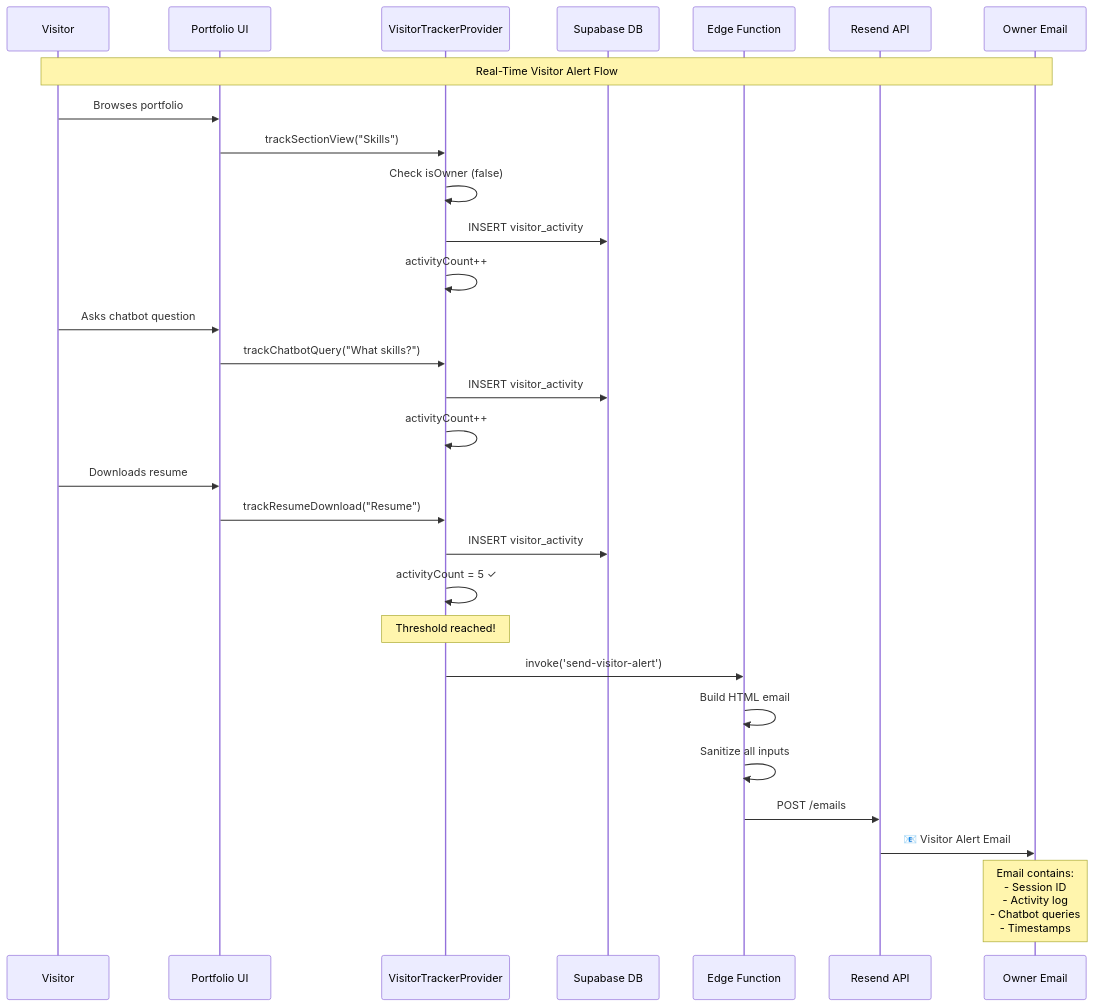
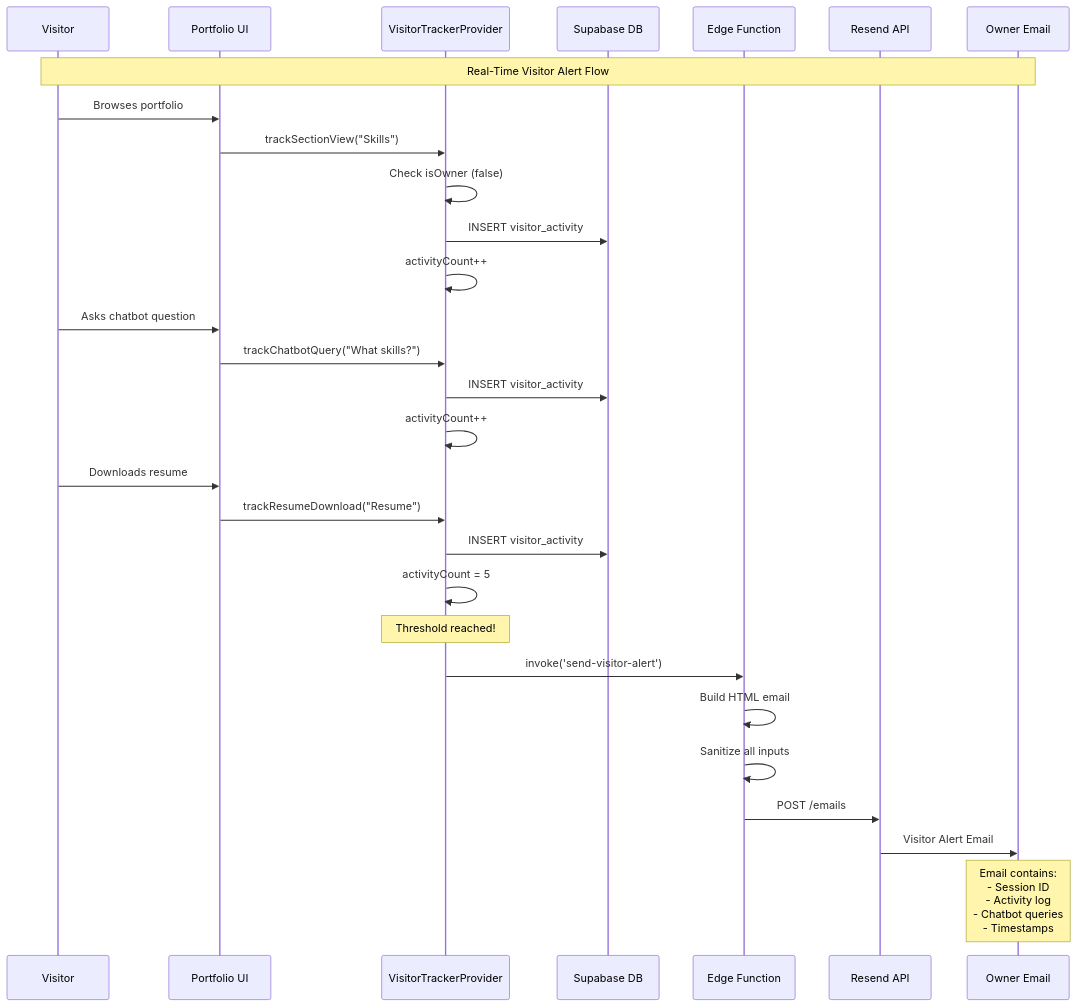
Before and after one commit to ritvikindupuri/ritvik-portfolio: the second of 4 diagrams in README.md, drawn with Mermaid. The commit also changed other lines of this file, not shown here.

````diff
--- a/README.md
+++ b/README.md
@@ -89,38 +152,38 @@
 ```mermaid
 sequenceDiagram
     participant V as Visitor
     participant UI as Portfolio UI
     participant VTP as VisitorTrackerProvider
     participant DB as Supabase DB
     participant EF as Edge Function
     participant RS as Resend API
     participant O as Owner Email
 
     Note over V,O: Real-Time Visitor Alert Flow
     
     V->>UI: Browses portfolio
     UI->>VTP: trackSectionView("Skills")
     VTP->>VTP: Check isOwner (false)
     VTP->>DB: INSERT visitor_activity
     VTP->>VTP: activityCount++
     
     V->>UI: Asks chatbot question
     UI->>VTP: trackChatbotQuery("What skills?")
     VTP->>DB: INSERT visitor_activity
     VTP->>VTP: activityCount++
     
     V->>UI: Downloads resume
     UI->>VTP: trackResumeDownload("Resume")
     VTP->>DB: INSERT visitor_activity
-    VTP->>VTP: activityCount = 5 ✓
+    VTP->>VTP: activityCount = 5
     
     Note over VTP: Threshold reached!
     
     VTP->>EF: invoke('send-visitor-alert')
     EF->>EF: Build HTML email
     EF->>EF: Sanitize all inputs
     EF->>RS: POST /emails
-    RS->>O: 📧 Visitor Alert Email
+    RS->>O: Visitor Alert Email
     
     Note over O: Email contains:<br/>- Session ID<br/>- Activity log<br/>- Chatbot queries<br/>- Timestamps
 ```
````
